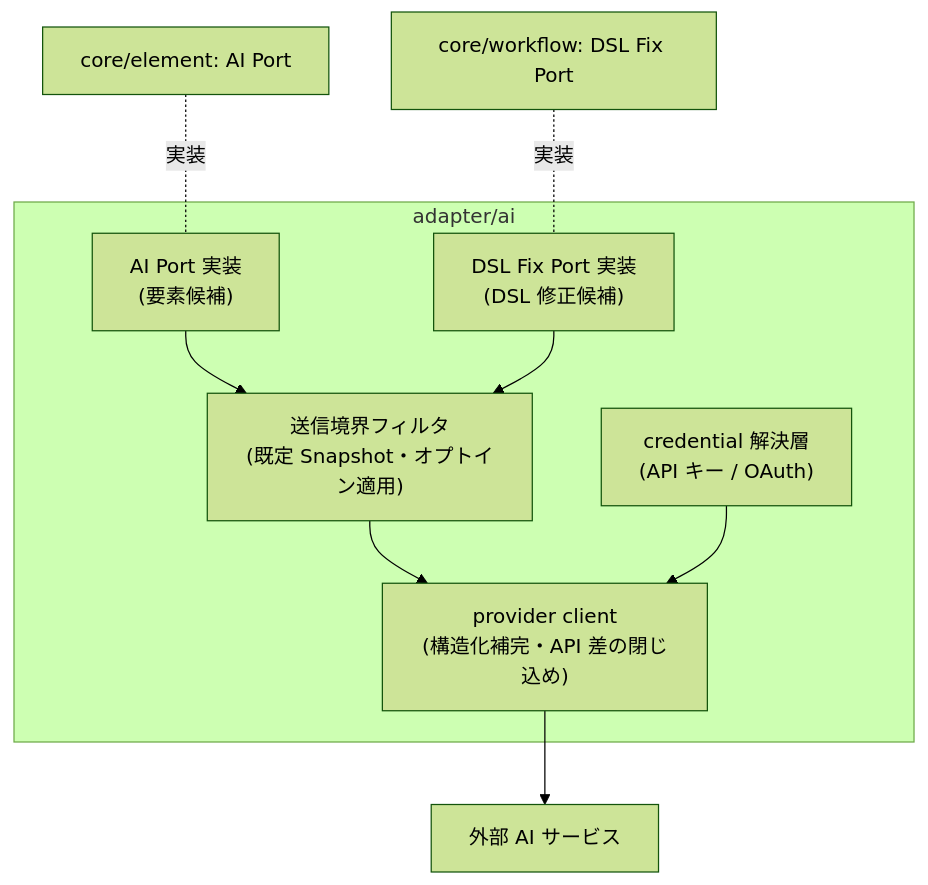
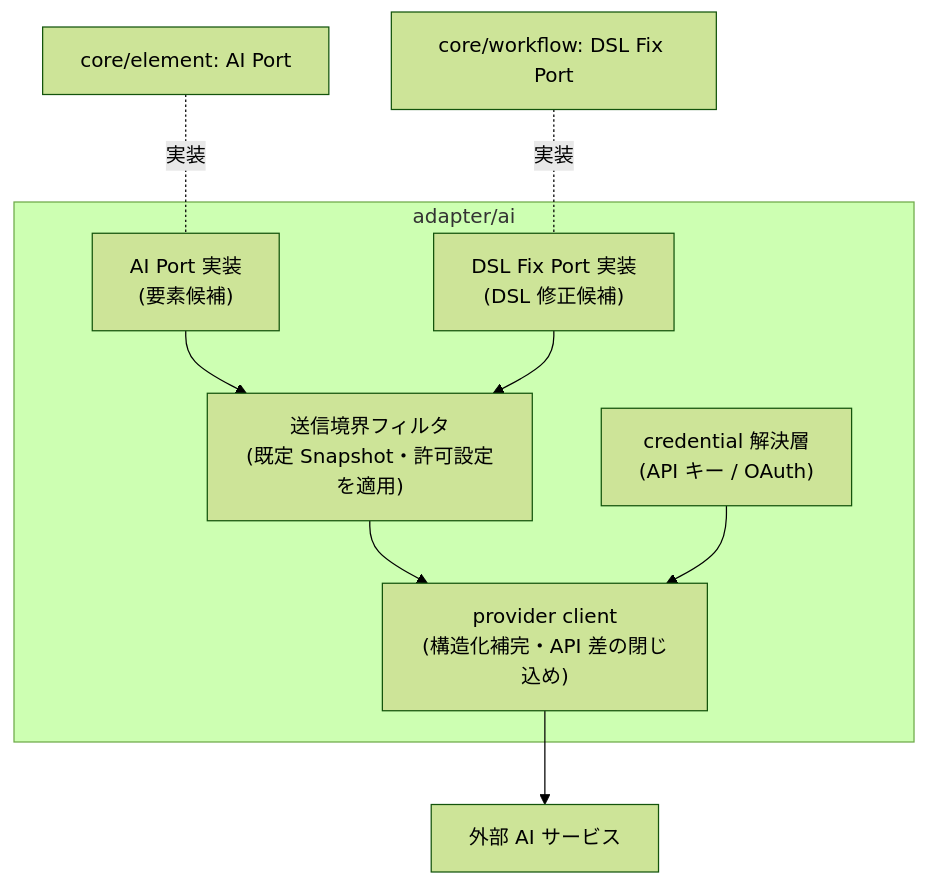
The first of 2 diagrams in design/features/ai-suggestions/DesignDoc_ai-suggestions.md (Fukuemon/screen-contract), drawn with Mermaid (forest theme) before and after one commit. The commit also changed other lines of this file and 9 other files, not shown here.

````diff
--- a/design/features/ai-suggestions/DesignDoc_ai-suggestions.md
+++ b/design/features/ai-suggestions/DesignDoc_ai-suggestions.md
@@ -114,17 +114,17 @@
 ```mermaid
 flowchart TD
     subgraph adapter/ai
         elemimpl["AI Port 実装<br/>(要素候補)"]
         fiximpl["DSL Fix Port 実装<br/>(DSL 修正候補)"]
-        policy["送信境界フィルタ<br/>(既定 Snapshot・オプトイン適用)"]
+        policy["送信境界フィルタ<br/>(既定 Snapshot・許可設定を適用)"]
         client["provider client<br/>(構造化補完・API 差の閉じ込め)"]
         cred["credential 解決層<br/>(API キー / OAuth)"]
     end
     elemport["core/element: AI Port"] -. 実装 .- elemimpl
     fixport["core/workflow: DSL Fix Port"] -. 実装 .- fiximpl
     elemimpl --> policy
     fiximpl --> policy
     policy --> client
     cred --> client
     client --> aisvc["外部 AI サービス"]
 ```
````
